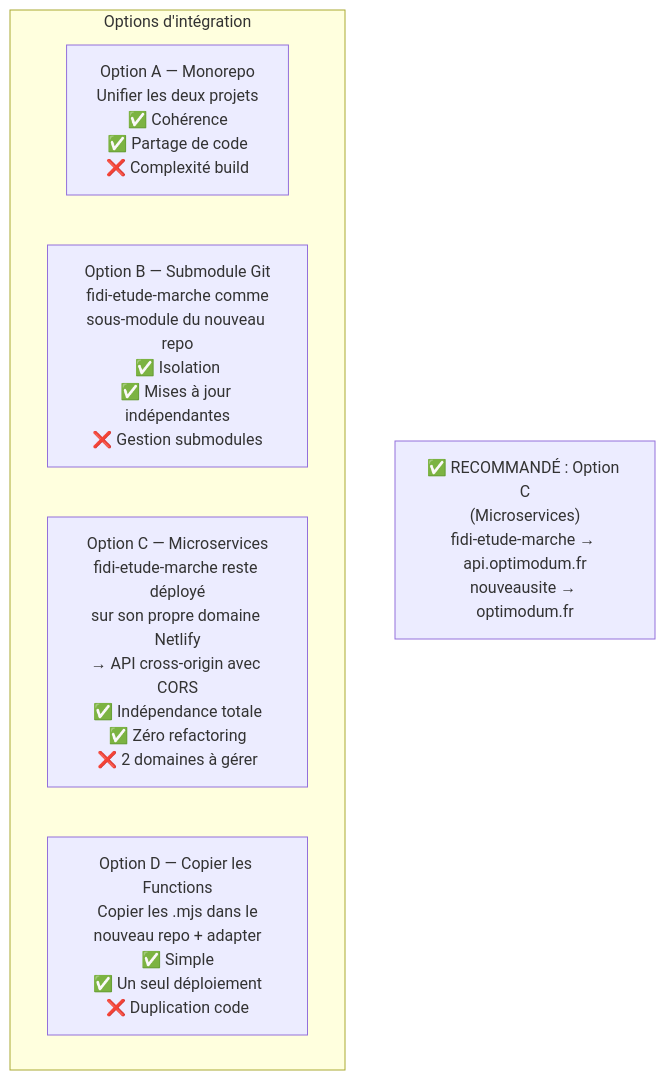
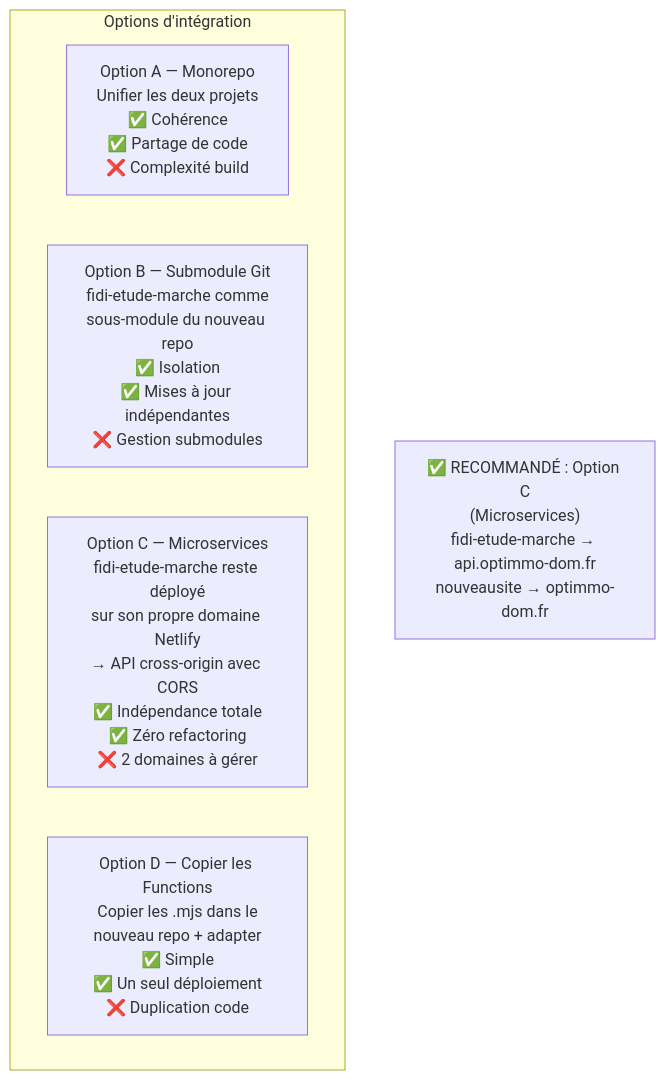
One commit to senegal972/fidi-etude-marche changed the second of 6 diagrams in optimodum-website/specs/05_integration_outils.md. Above: the diagram before and after it, drawn with Mermaid. The commit also changed other lines of this file and 7 other files, not shown here.

First line of the commit message:
fix(optimmo-dom): correction nom société Optimmo Dom + CSS partagé Phase 2

````diff
--- a/optimodum-website/specs/05_integration_outils.md
+++ b/optimodum-website/specs/05_integration_outils.md
@@ -54,14 +54,14 @@
 ```mermaid
 flowchart TD
     subgraph STRATEGY["Options d'intégration"]
         OPT_A["Option A — Monorepo\nUnifier les deux projets\n✅ Cohérence\n✅ Partage de code\n❌ Complexité build"]
 
         OPT_B["Option B — Submodule Git\nfidi-etude-marche comme\nsous-module du nouveau repo\n✅ Isolation\n✅ Mises à jour indépendantes\n❌ Gestion submodules"]
 
         OPT_C["Option C — Microservices\nfidi-etude-marche reste déployé\nsur son propre domaine Netlify\n→ API cross-origin avec CORS\n✅ Indépendance totale\n✅ Zéro refactoring\n❌ 2 domaines à gérer"]
 
         OPT_D["Option D — Copier les Functions\nCopier les .mjs dans le\nnouveau repo + adapter\n✅ Simple\n✅ Un seul déploiement\n❌ Duplication code"]
     end
 
-    RECOMMENDED["✅ RECOMMANDÉ : Option C\n(Microservices)\nfidi-etude-marche → api.optimodum.fr\nnouveausite → optimodum.fr"]
+    RECOMMENDED["✅ RECOMMANDÉ : Option C\n(Microservices)\nfidi-etude-marche → api.optimmo-dom.fr\nnouveausite → optimmo-dom.fr"]
 ```
````
